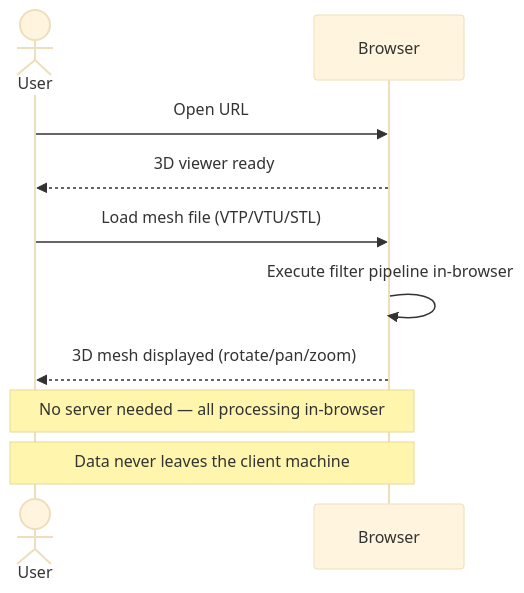
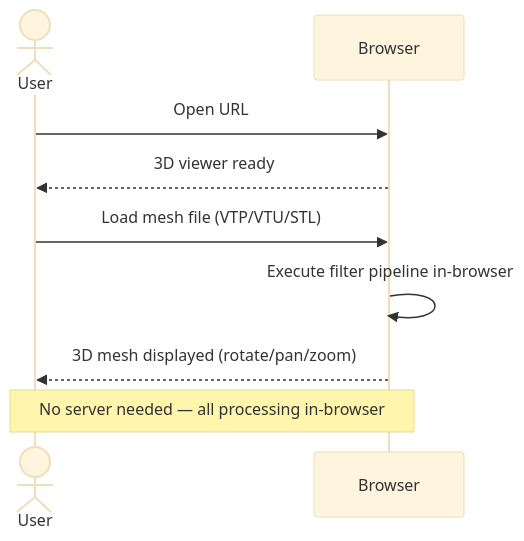
One commit to tkoyama010/pyvista-wasm changed the first of 4 diagrams in slides/slides.md. Above: the diagram before and after it, drawn with Mermaid (base theme).

Commit message:
docs: remove data-never-leaves note from sequence diagram

````diff
--- a/slides/slides.md
+++ b/slides/slides.md
@@ -230,15 +230,14 @@
 ```mermaid {scale: 0.65}
 sequenceDiagram
     actor U as User
     participant B as Browser
 
     U->>B: Open URL
     B-->>U: 3D viewer ready
 
     U->>B: Load mesh file (VTP/VTU/STL)
     B->>B: Execute filter pipeline in-browser
     B-->>U: 3D mesh displayed (rotate/pan/zoom)
 
     Note over U,B: No server needed — all processing in-browser
-    Note over U,B: Data never leaves the client machine
 ```
````
